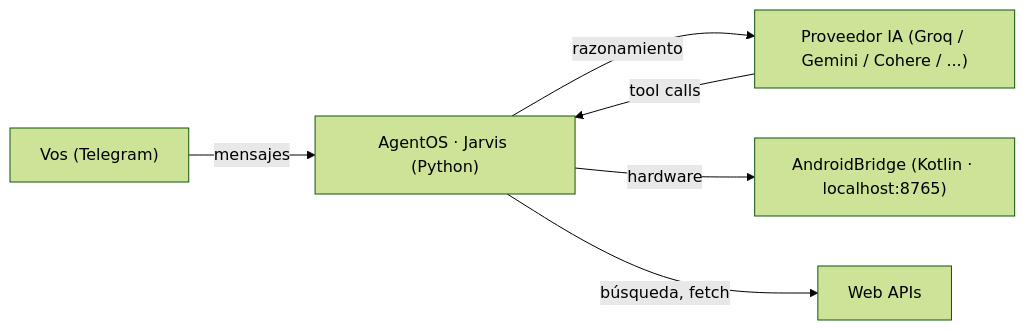
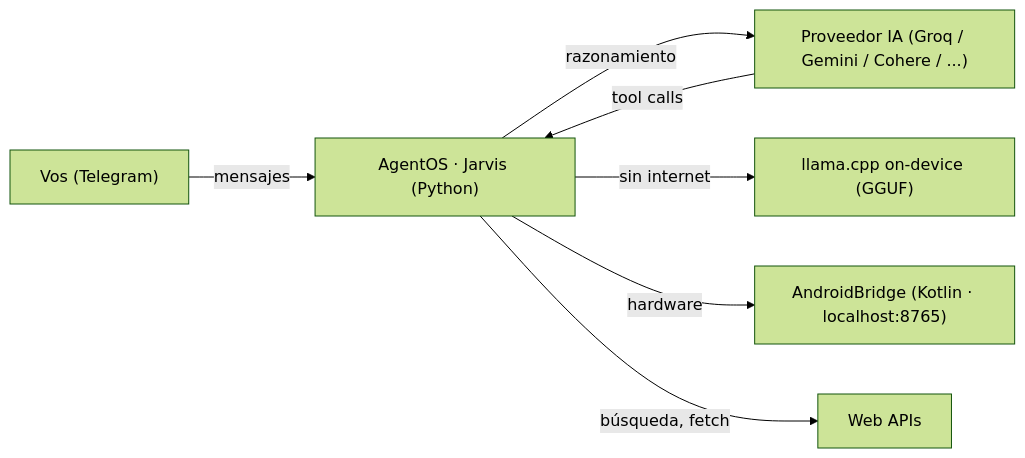
The diagram in README.md (DiegoFernandoLojanTenesaca/indaga-agentOS), drawn with Mermaid (forest theme) before and after one commit. The commit also changed other lines of this file and 14 other files, not shown here.

````diff
--- a/README.md
+++ b/README.md
@@ -51,8 +56,9 @@
 ```mermaid
 graph LR
     You["Vos (Telegram)"] -->|mensajes| Agent["AgentOS · Jarvis (Python)"]
     Agent -->|razonamiento| AI["Proveedor IA (Groq / Gemini / Cohere / ...)"]
+    Agent -->|sin internet| Local["llama.cpp on-device (GGUF)"]
     Agent -->|hardware| Bridge["AndroidBridge (Kotlin · localhost:8765)"]
     Agent -->|búsqueda, fetch| Web["Web APIs"]
     AI -->|tool calls| Agent
 ```
````
